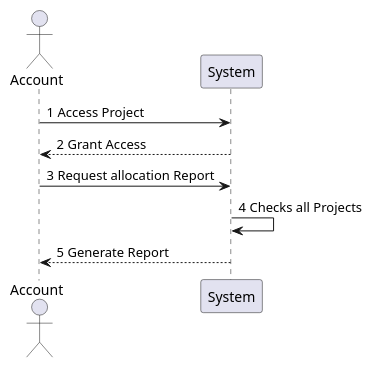
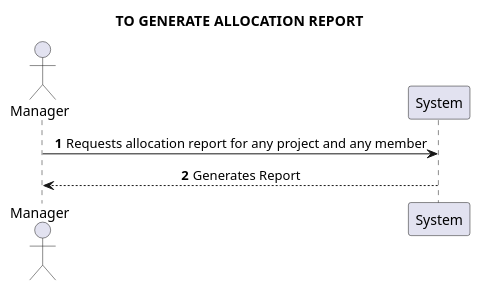
One commit to Loracline/project_switch_22-23 changed diagram 19 of 25 in docs/data_model/System Sequence Diagram.puml. Above: the diagram before and after it, drawn with PlantUML. The commit also changed other lines of this file, not shown here.

First line of the commit message:
[None US number]: [Project]: [System Sequence Diagram]

```diff
--- a/docs/data_model/System Sequence Diagram.puml
+++ b/docs/data_model/System Sequence Diagram.puml
@@ -196,8 +220,8 @@
 @startuml
-actor Account
-Account -> System:1 Access Project
-System --> Account:2 Grant Access
-Account -> System:3 Request allocation Report
-System -> System:4 Checks all Projects
-System --> Account:5 Generate Report
+skinparam sequenceMessageAlign center
+autonumber
+title TO GENERATE ALLOCATION REPORT
+actor Manager
+Manager -> System: Requests allocation report for any project and any member
+System --> Manager: Generates Report
 @enduml
```
